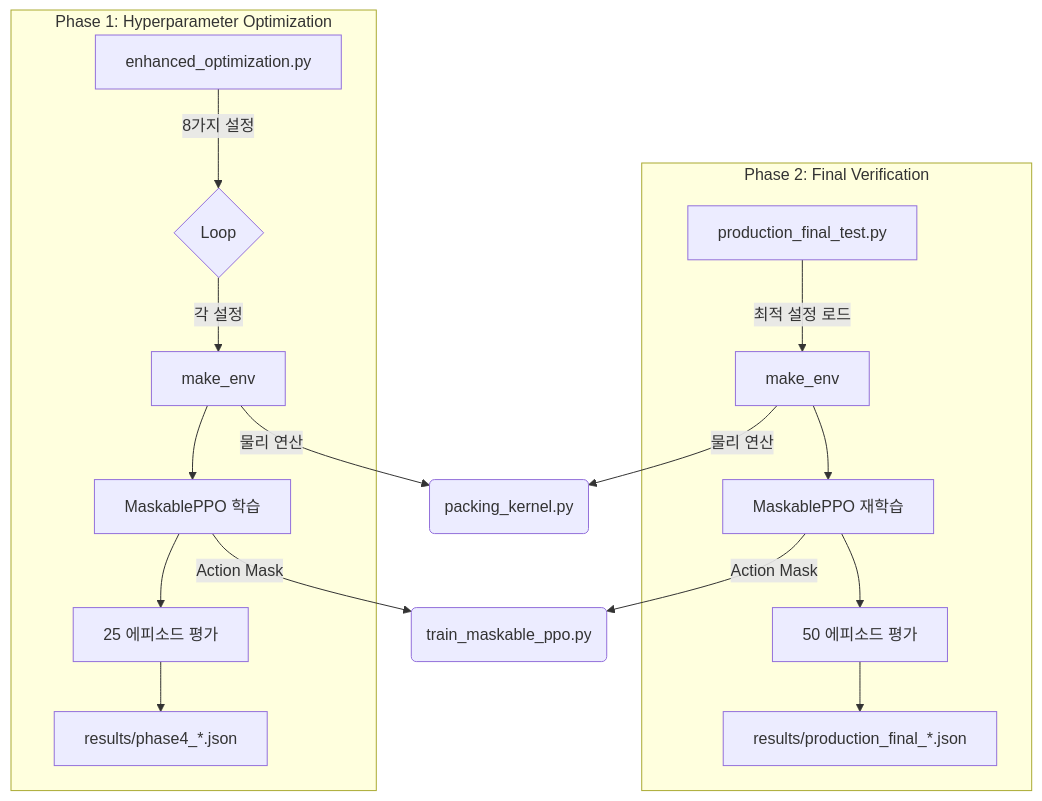
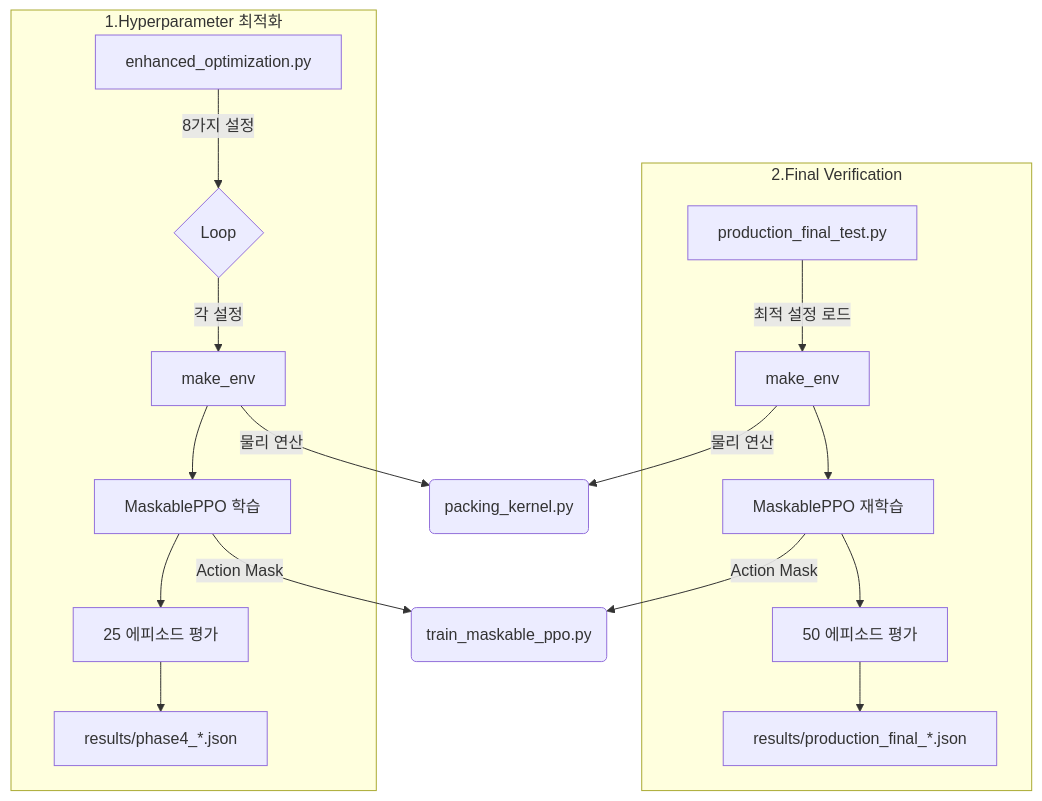
Before and after one commit to minajwsy/RL-3DbinPacking: the third of 3 diagrams in docs/커서chat내용Export/Code동작 기술서.md, drawn with Mermaid. The commit also changed other lines of this file, not shown here.

````diff
--- a/docs/커서chat내용Export/Code동작 기술서.md
+++ b/docs/커서chat내용Export/Code동작 기술서.md
@@ -1288,22 +1288,22 @@
 ```mermaid
 graph TD
-    subgraph "Phase 1: Hyperparameter Optimization"
+    subgraph "1.Hyperparameter 최적화"
         A[enhanced_optimization.py] -- "8가지 설정" --> B{Loop}
         B -- "각 설정" --> C[make_env]
         C --> D[MaskablePPO 학습]
         D --> E[25 에피소드 평가]
         E --> F[results/phase4_*.json]
     end
 
-    subgraph "Phase 2: Final Verification"
+    subgraph "2.Final Verification"
         G[production_final_test.py] -- "최적 설정 로드" --> H[make_env]
         H --> I[MaskablePPO 재학습]
         I --> J[50 에피소드 평가]
         J --> K[results/production_final_*.json]
     end
 
     C -- "물리 연산" --> L(packing_kernel.py)
     H -- "물리 연산" --> L
     D -- "Action Mask" --> M(train_maskable_ppo.py)
     I -- "Action Mask" --> M
 ```
````
